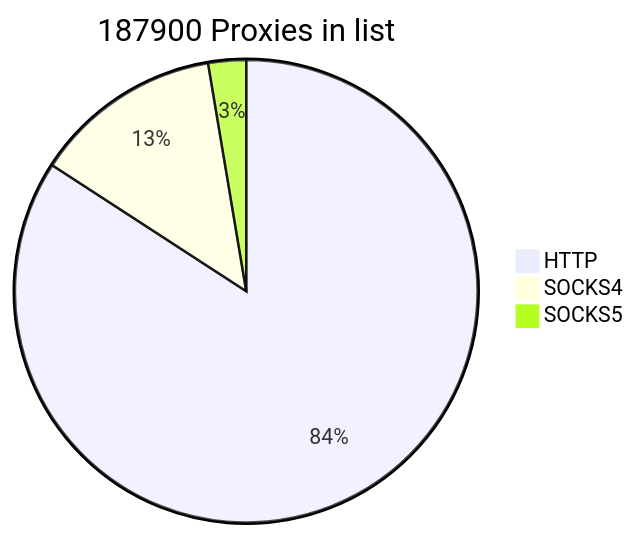
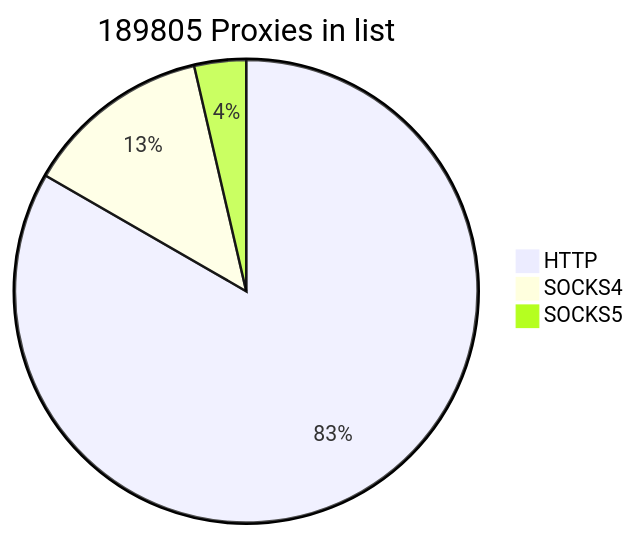
One commit to cutipu/proxylist changed the first of 2 diagrams in README.md. Above: the diagram before and after it, drawn with Mermaid. The commit also changed other lines of this file, not shown here.

````diff
--- a/README.md
+++ b/README.md
@@ -2,7 +2,7 @@
 ```mermaid
-pie title 187900 Proxies in list
+pie title 189805 Proxies in list
     "HTTP" : 158148
     "SOCKS4" : 24790
-    "SOCKS5" : 4962
+    "SOCKS5" : 6867
             
 ```
````
